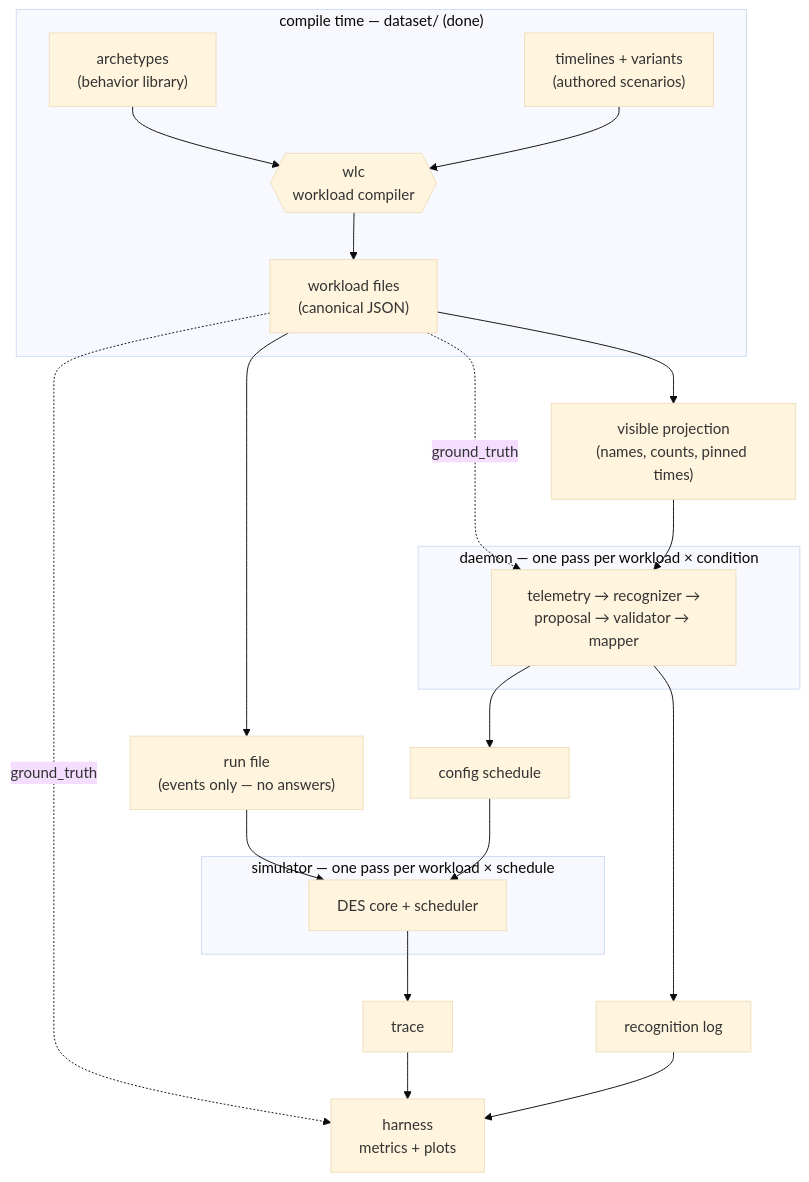
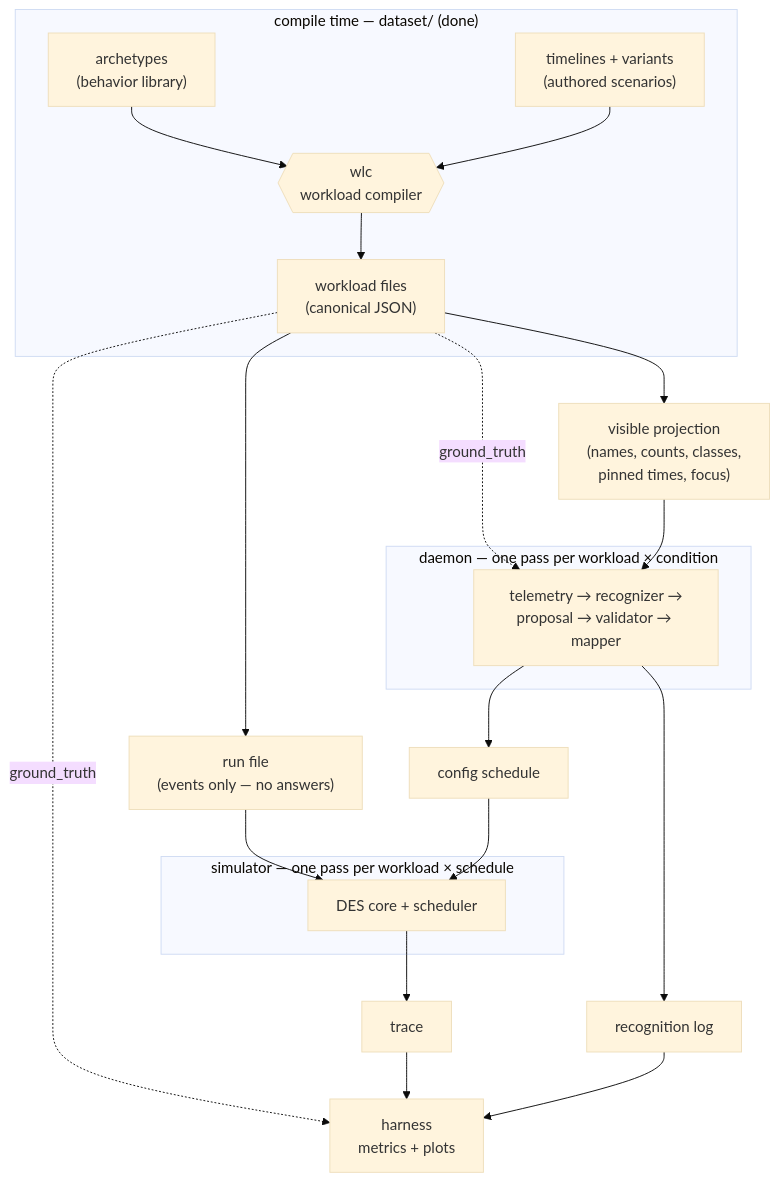
The diagram in docs/data-contracts.md (logis11/LLM_driven_shceduling), drawn with Mermaid (base theme) before and after one commit. The commit also changed other lines of this file and 1 other file, not shown here.

````diff
--- a/docs/data-contracts.md
+++ b/docs/data-contracts.md
@@ -14,30 +14,30 @@
 ```mermaid
 flowchart TB
     subgraph COMPILE ["compile time — dataset/ (done)"]
         A["archetypes<br/>(behavior library)"] --> W{{"wlc<br/>workload compiler"}}
         T["timelines + variants<br/>(authored scenarios)"] --> W
         W --> K["workload files<br/>(canonical JSON)"]
     end
 
     K --> RF["run file<br/>(events only — no answers)"]
-    K --> VP["visible projection<br/>(names, counts, pinned times)"]
+    K --> VP["visible projection<br/>(names, counts, classes,<br/>pinned times, focus)"]
     K -. "ground_truth" .-> D
     K -. "ground_truth" .-> H
 
     subgraph DAEMON ["daemon — one pass per workload × condition"]
         D["telemetry → recognizer →<br/>proposal → validator → mapper"]
     end
     VP --> D
     D --> CS["config schedule"]
     D --> RL["recognition log"]
 
     subgraph SIM ["simulator — one pass per workload × schedule"]
         S["DES core + scheduler"]
     end
     RF --> S
     CS --> S
     S --> TR["trace"]
 
     TR --> H["harness<br/>metrics + plots"]
     RL --> H
 ```
````
